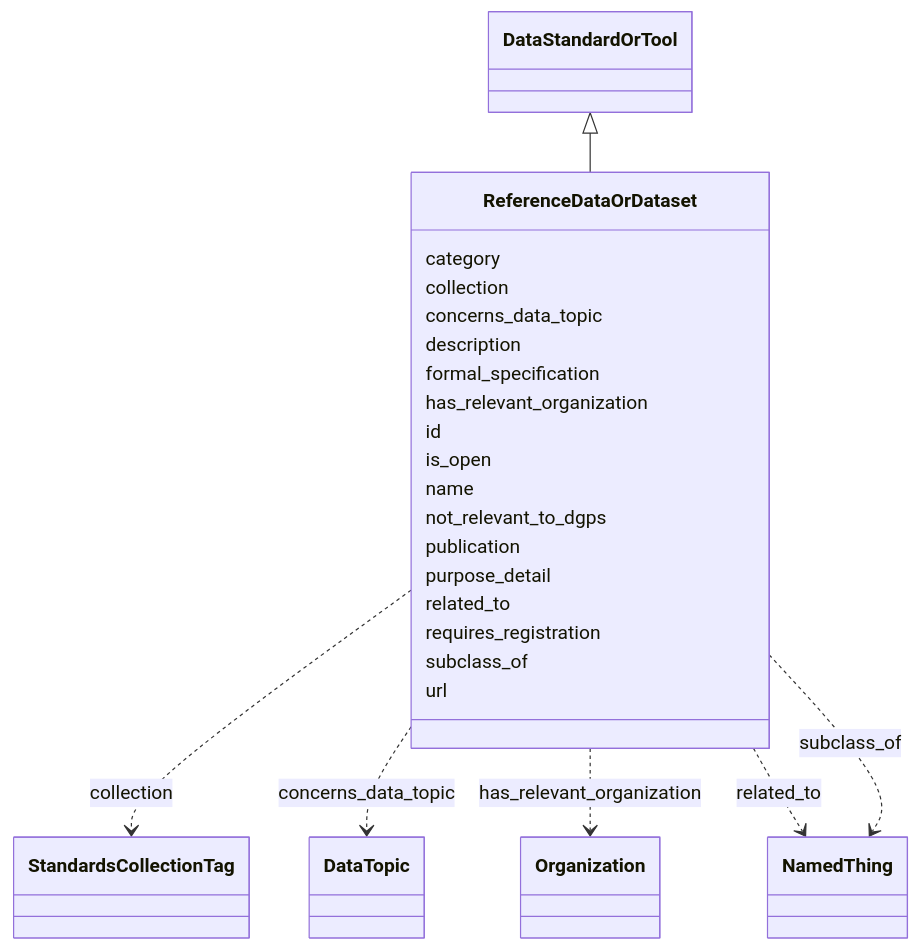
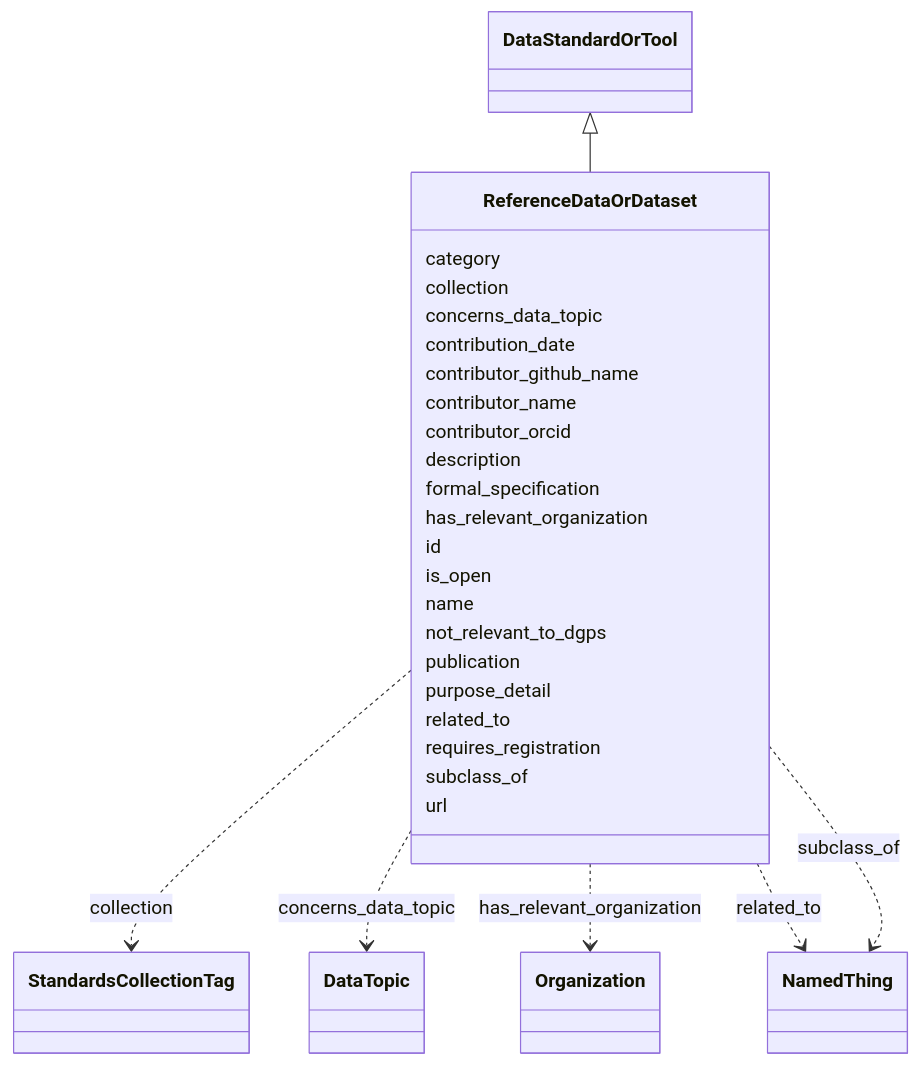
Before and after one commit to bridge2ai/standards-schemas: the diagram in docs/ReferenceDataOrDataset.md, drawn with Mermaid. The commit also changed other lines of this file and 51 other files, not shown here.

````diff
--- a/docs/ReferenceDataOrDataset.md
+++ b/docs/ReferenceDataOrDataset.md
@@ -11,49 +11,57 @@
 ```mermaid
  classDiagram
     class ReferenceDataOrDataset
       DataStandardOrTool <|-- ReferenceDataOrDataset
       
       ReferenceDataOrDataset : category
         
       ReferenceDataOrDataset : collection
         
           ReferenceDataOrDataset ..> StandardsCollectionTag : collection
         
       ReferenceDataOrDataset : concerns_data_topic
         
           ReferenceDataOrDataset ..> DataTopic : concerns_data_topic
+        
+      ReferenceDataOrDataset : contribution_date
+        
+      ReferenceDataOrDataset : contributor_github_name
+        
+      ReferenceDataOrDataset : contributor_name
+        
+      ReferenceDataOrDataset : contributor_orcid
         
       ReferenceDataOrDataset : description
         
       ReferenceDataOrDataset : formal_specification
         
       ReferenceDataOrDataset : has_relevant_organization
         
           ReferenceDataOrDataset ..> Organization : has_relevant_organization
         
       ReferenceDataOrDataset : id
         
       ReferenceDataOrDataset : is_open
         
       ReferenceDataOrDataset : name
         
       ReferenceDataOrDataset : not_relevant_to_dgps
         
       ReferenceDataOrDataset : publication
         
       ReferenceDataOrDataset : purpose_detail
         
       ReferenceDataOrDataset : related_to
         
           ReferenceDataOrDataset ..> NamedThing : related_to
         
       ReferenceDataOrDataset : requires_registration
         
       ReferenceDataOrDataset : subclass_of
         
           ReferenceDataOrDataset ..> NamedThing : subclass_of
         
       ReferenceDataOrDataset : url
         
       
 ```
````
